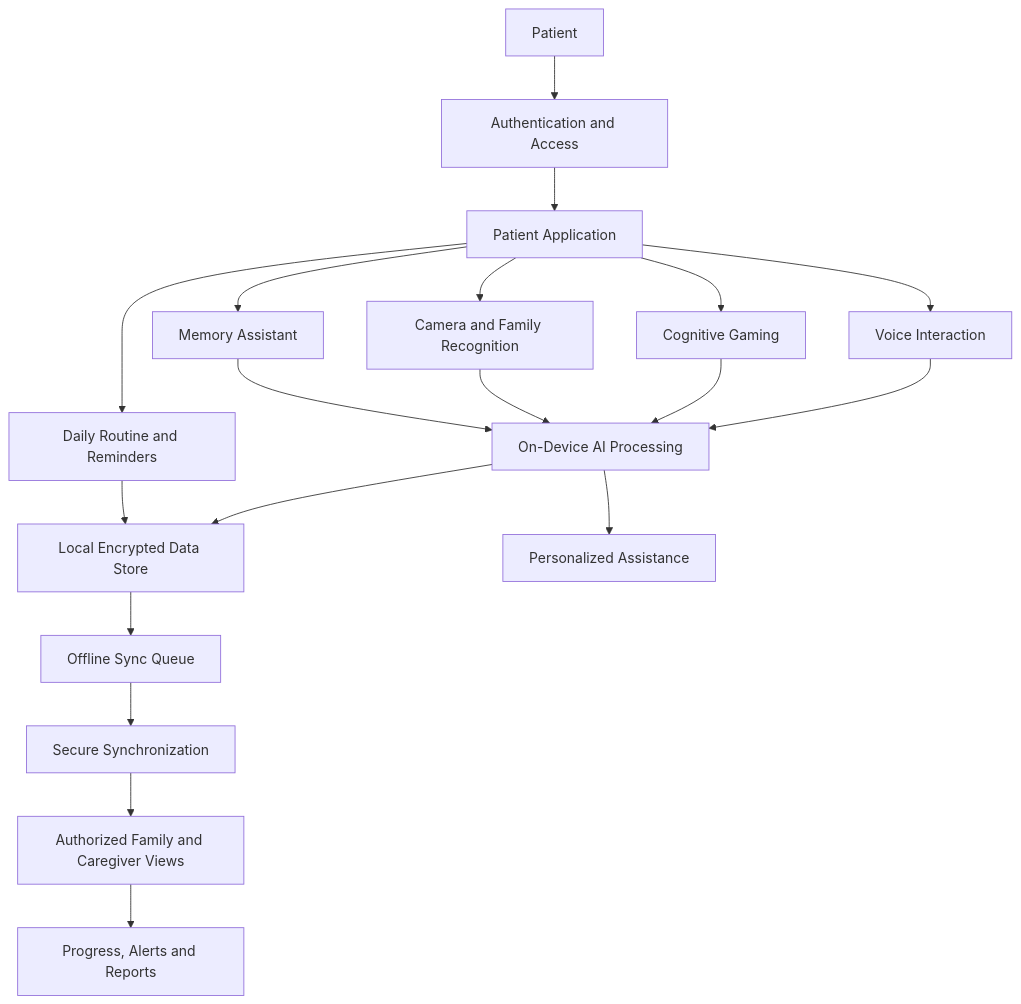
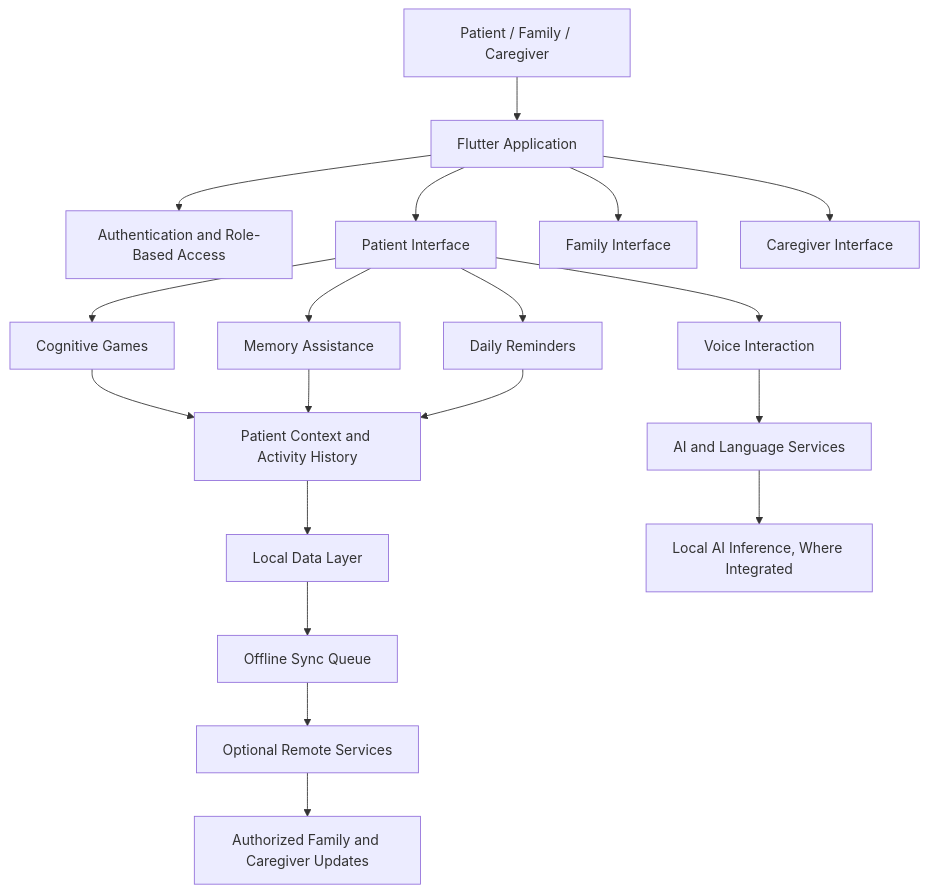
One commit to PRITAMADAK11052004/SMARAN_Asymptotics_SIH26003 changed the first of 4 diagrams in README.md. Above: the diagram before and after it, drawn with Mermaid. The commit also changed other lines of this file, not shown here.

````diff
--- a/README.md
+++ b/README.md
@@ -176,26 +264,27 @@
 ```mermaid
 flowchart TD
-    A[Patient] --> B[Authentication and Access]
-    B --> C[Patient Application]
+    A["Patient / Family / Caregiver"] --> B["Flutter Application"]
 
-    C --> D[Voice Interaction]
-    C --> E[Cognitive Gaming]
-    C --> F[Camera and Family Recognition]
-    C --> G[Daily Routine and Reminders]
-    C --> H[Memory Assistant]
+    B --> C["Authentication and Role-Based Access"]
+    B --> D["Patient Interface"]
+    B --> E["Family Interface"]
+    B --> F["Caregiver Interface"]
 
-    D --> I[On-Device AI Processing]
-    E --> I
-    F --> I
-    H --> I
+    D --> G["Cognitive Games"]
+    D --> H["Memory Assistance"]
+    D --> I["Daily Reminders"]
+    D --> J["Voice Interaction"]
 
-    I --> J[Local Encrypted Data Store]
-    G --> J
-    I --> K[Personalized Assistance]
+    G --> K["Patient Context and Activity History"]
+    H --> K
+    I --> K
+    J --> L["AI and Language Services"]
 
-    J --> L[Offline Sync Queue]
-    L --> M[Secure Synchronization]
-    M --> N[Authorized Family and Caregiver Views]
+    K --> M["Local Data Layer"]
+    L --> N["Local AI Inference, Where Integrated"]
 
-    N --> O[Progress, Alerts and Reports]
+    M --> O["Offline Sync Queue"]
+    O --> P["Optional Remote Services"]
+
+    P --> Q["Authorized Family and Caregiver Updates"]
 ```
````
